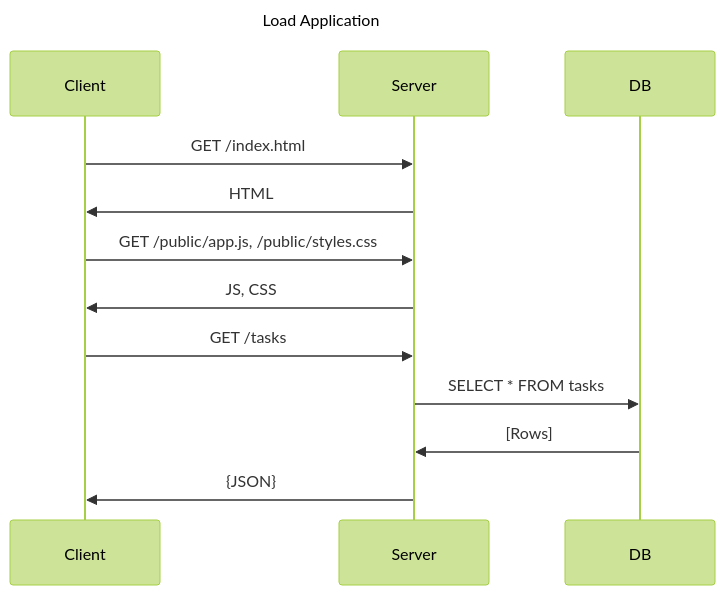
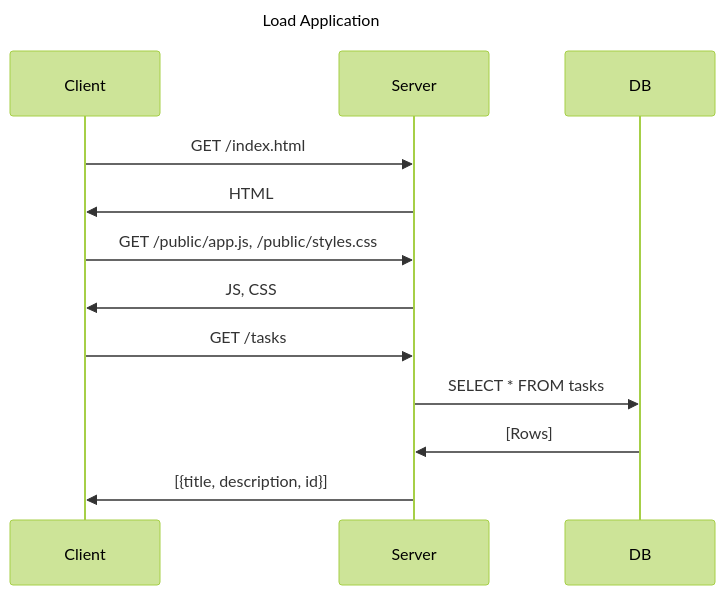
The second of 4 diagrams in README.md (athanclark/client-server-express), drawn with Mermaid (forest theme) before and after one commit. The commit also changed other lines of this file and 10 other files, not shown here.

Commit message:
better organization, watch changes, scss, better diagrams

````diff
--- a/README.md
+++ b/README.md
@@ -75,14 +80,14 @@
 ```mermaid
 ---
 title: Load Application
 ---
 sequenceDiagram
     Client->>Server: GET /index.html
     Server->>Client: HTML
     Client->>Server: GET /public/app.js, /public/styles.css
     Server->>Client: JS, CSS
     Client->>Server: GET /tasks
     Server->>DB: SELECT * FROM tasks
     DB->>Server: [Rows]
-    Server->>Client: {JSON}
+    Server->>Client: [{title, description, id}]
 ```
````
